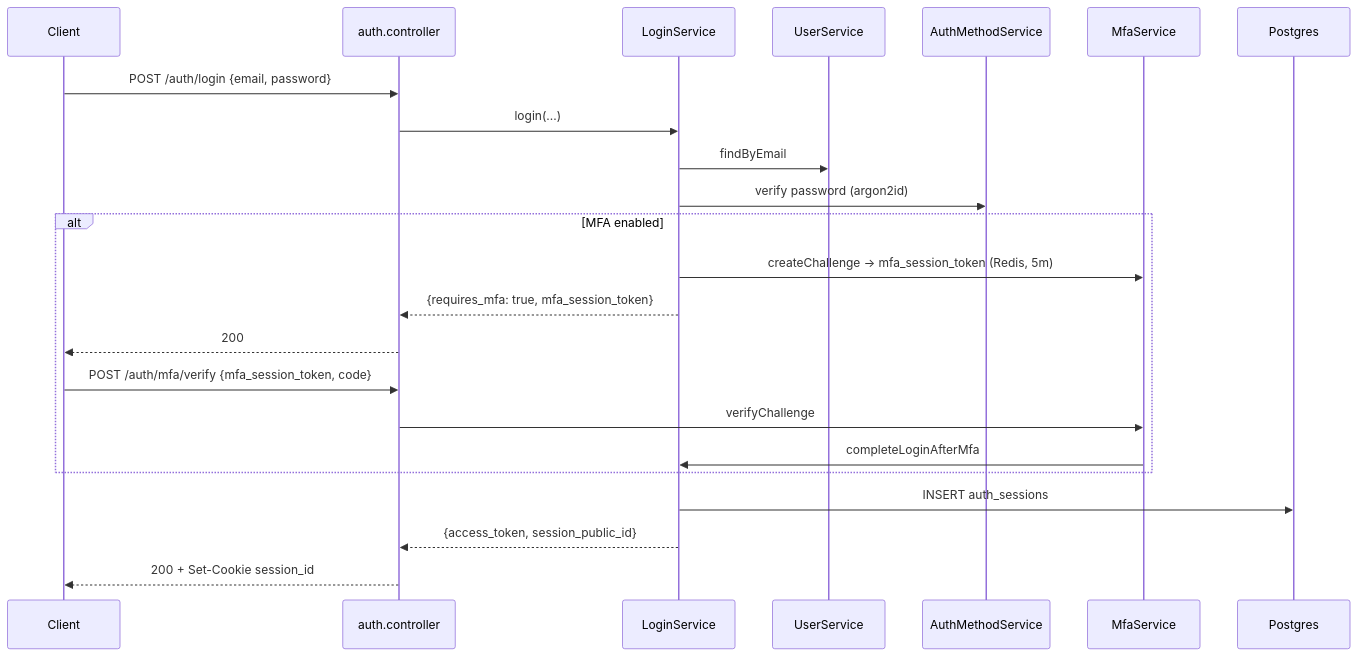
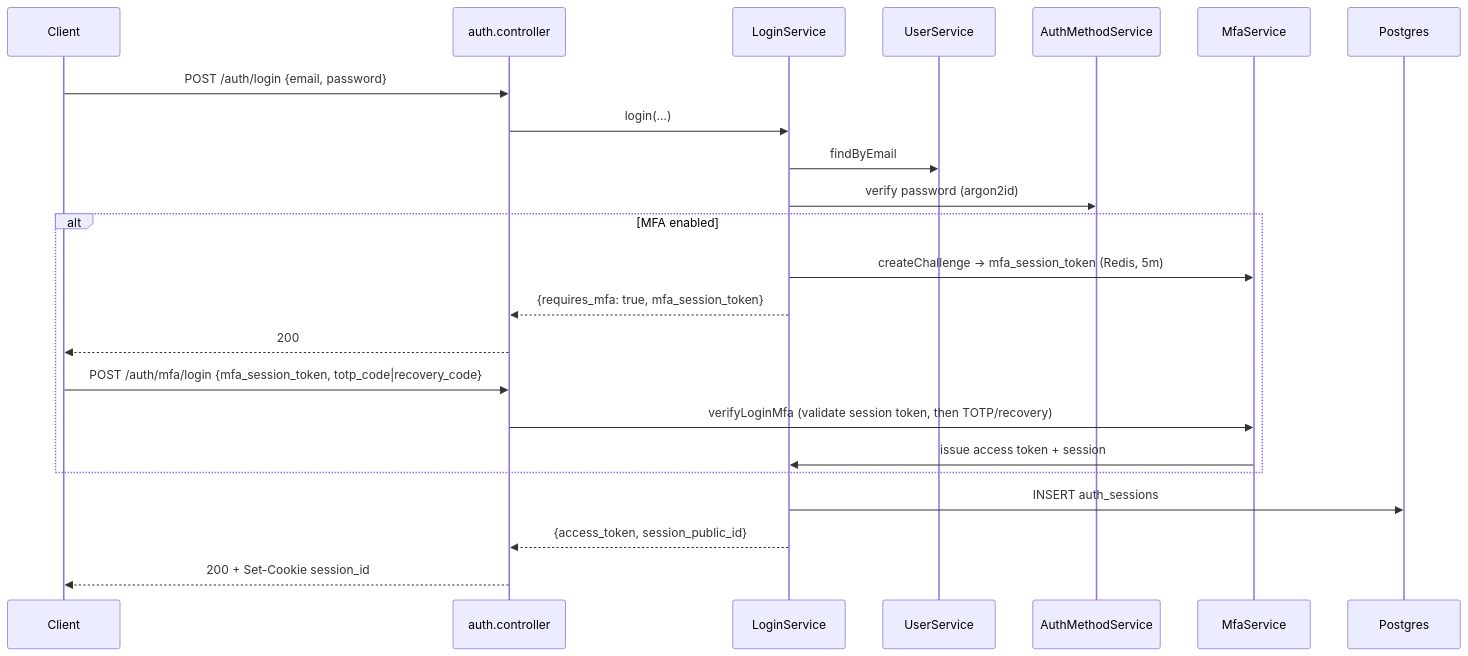
One commit to nikunjmavani/core-be changed the second of 5 diagrams in src/FLOWS.md. Above: the diagram before and after it, drawn with Mermaid. The commit also changed 26 other files, not shown here.

First line of the commit message:
fix(auth): require mfa_session_token for login MFA, prevent TOTP replay/timing/global-admin abuse (audit #1,#21,#23,#27)

````diff
--- a/src/FLOWS.md
+++ b/src/FLOWS.md
@@ -75,25 +75,25 @@
 ```mermaid
 sequenceDiagram
   participant Client
   participant Auth as auth.controller
   participant Login as LoginService
   participant US as UserService
   participant AM as AuthMethodService
   participant MFA as MfaService
   participant DB as Postgres
   Client->>Auth: POST /auth/login {email, password}
   Auth->>Login: login(...)
   Login->>US: findByEmail
   Login->>AM: verify password (argon2id)
   alt MFA enabled
     Login->>MFA: createChallenge → mfa_session_token (Redis, 5m)
     Login-->>Auth: {requires_mfa: true, mfa_session_token}
     Auth-->>Client: 200
-    Client->>Auth: POST /auth/mfa/verify {mfa_session_token, code}
-    Auth->>MFA: verifyChallenge
-    MFA->>Login: completeLoginAfterMfa
+    Client->>Auth: POST /auth/mfa/login {mfa_session_token, totp_code|recovery_code}
+    Auth->>MFA: verifyLoginMfa (validate session token, then TOTP/recovery)
+    MFA->>Login: issue access token + session
   end
   Login->>DB: INSERT auth_sessions
   Login-->>Auth: {access_token, session_public_id}
   Auth-->>Client: 200 + Set-Cookie session_id
 ```
````
